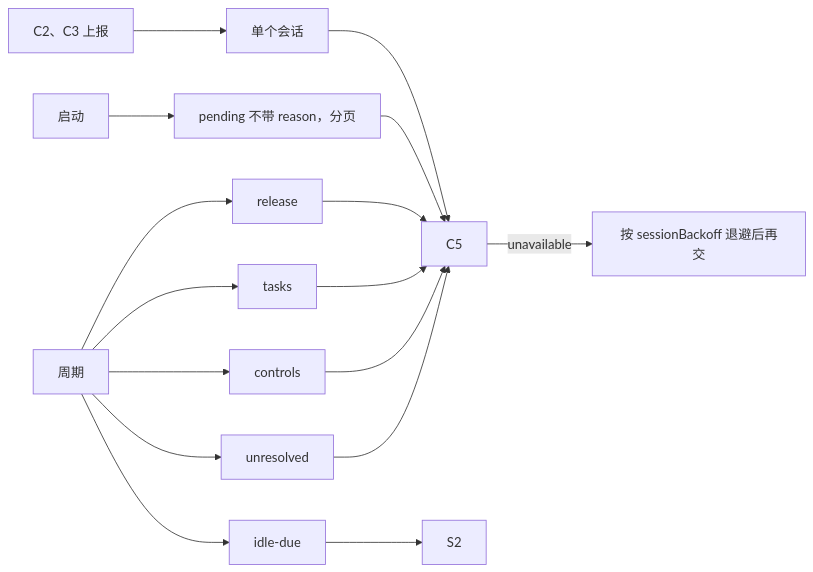
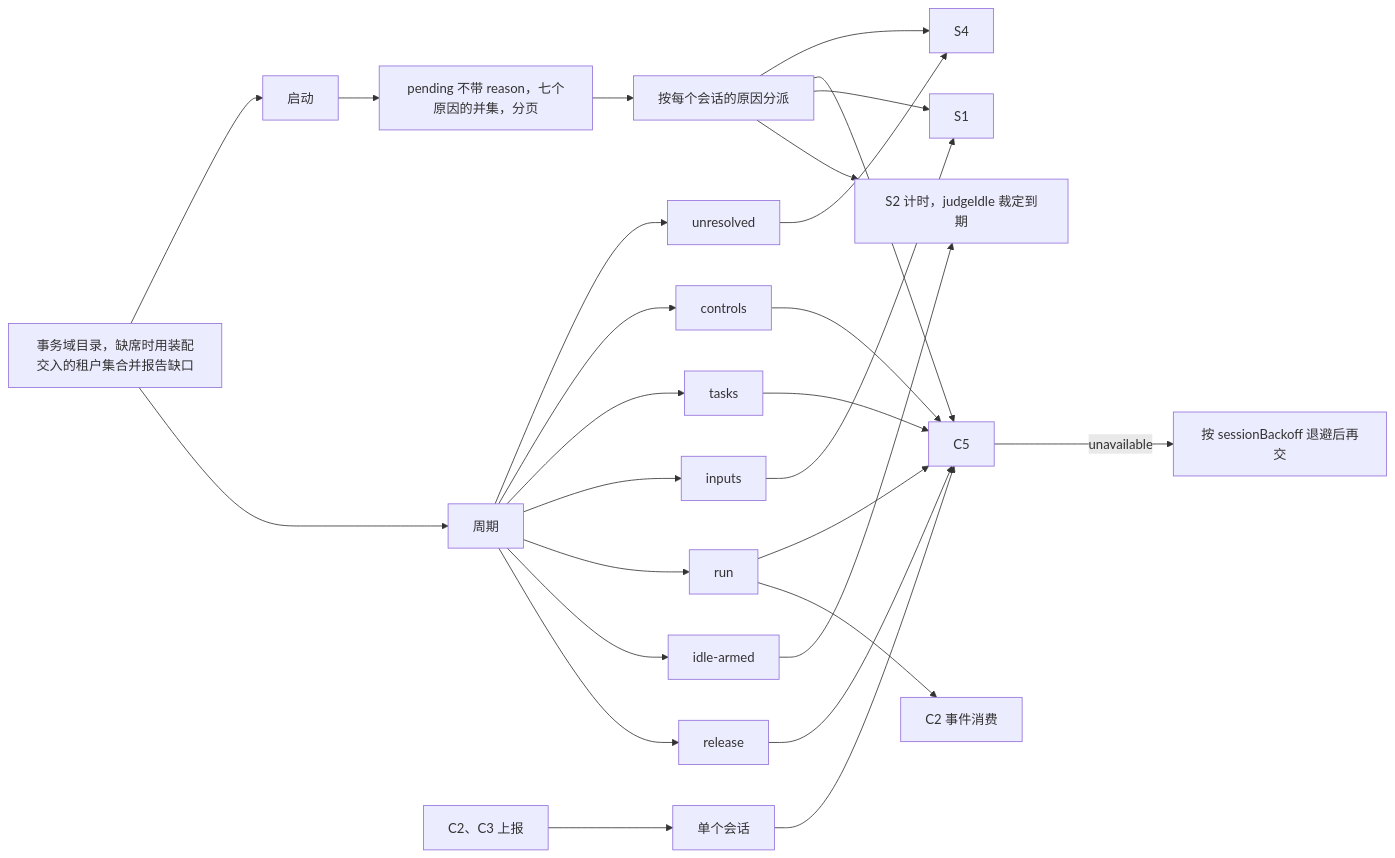
One commit to nemori-ai/omne-harness-lite changed diagram 14 of 17 in packages/session/session/docs/flows.md. Above: the diagram before and after it, drawn with Mermaid. The commit also changed other lines of this file and 25 other files, not shown here.

````diff
--- a/packages/session/session/docs/flows.md
+++ b/packages/session/session/docs/flows.md
@@ -361,12 +361,20 @@
 ```mermaid
 flowchart LR
-    B[启动] --> All[pending 不带 reason，分页]
-    P[周期] --> R1[unresolved] --> C5[C5]
-    P --> R2[controls] --> C5
+    Dir[事务域目录，缺席时用装配交入的租户集合并报告缺口] --> B
+    Dir --> P
+    B[启动] --> All[pending 不带 reason，七个原因的并集，分页] --> Disp[按每个会话的原因分派]
+    P[周期] --> R1[unresolved] --> S4[S4]
+    P --> R2[controls] --> C5[C5]
     P --> R3[tasks] --> C5
-    P --> R4[idle-due] --> S2[S2]
+    P --> R6[inputs] --> S1[S1]
+    P --> R7[run] --> C5
+    R7 --> C2[C2 事件消费]
+    P --> R4[idle-armed] --> S2[S2 计时，judgeIdle 裁定到期]
     P --> R5[release] --> C5
-    All --> C5
+    Disp --> S4
+    Disp --> C5
+    Disp --> S1
+    Disp --> S2
     U[C2、C3 上报] --> One[单个会话] --> C5
     C5 -->|unavailable| BO[按 sessionBackoff 退避后再交]
 ```
````
